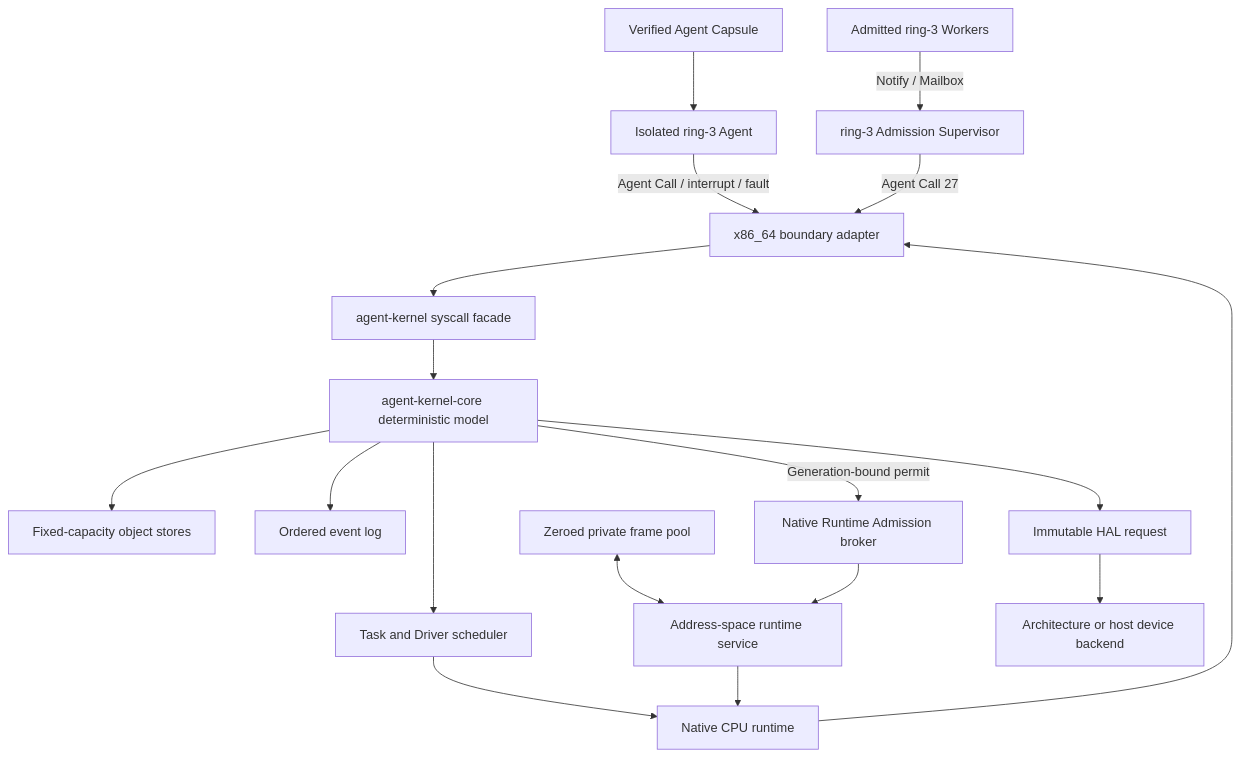
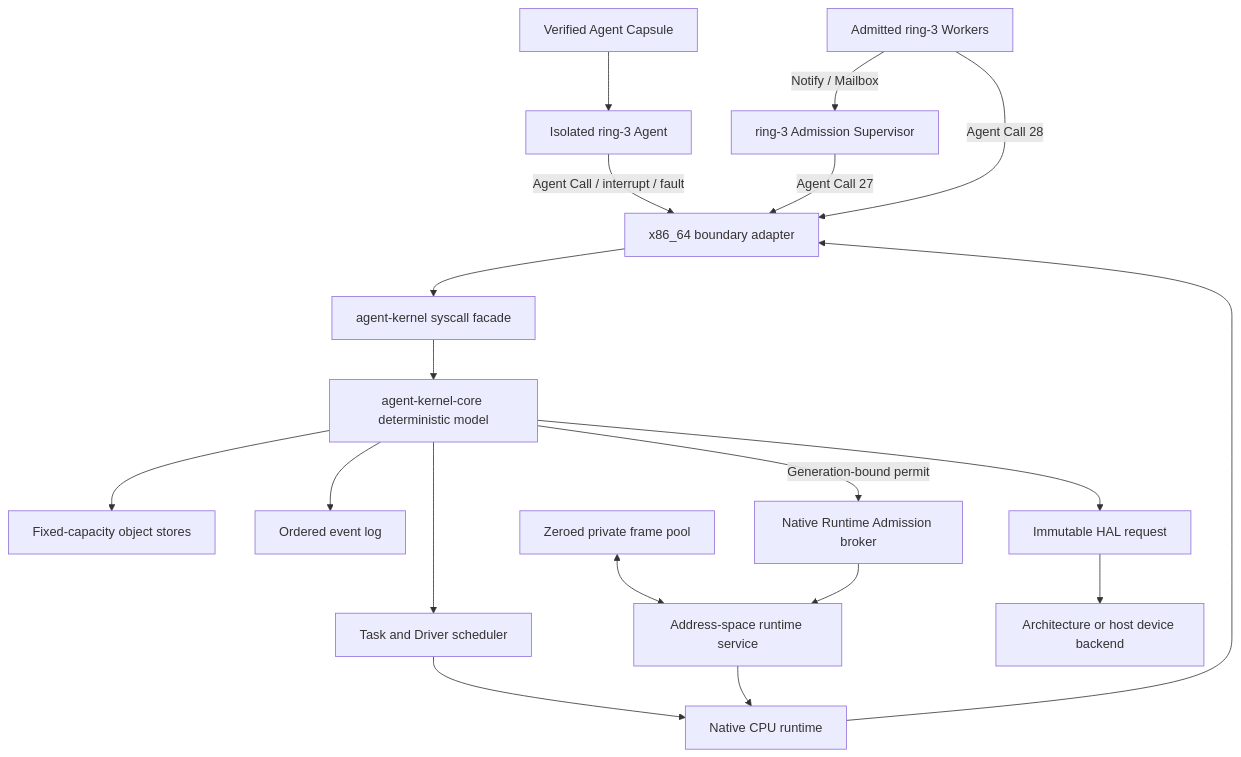
One commit to Evan-master/agent-kernel changed the diagram in README.md. Above: the diagram before and after it, drawn with Mermaid. The commit also changed other lines of this file and 3 other files, not shown here.

````diff
--- a/README.md
+++ b/README.md
@@ -151,20 +155,21 @@
 ```mermaid
 flowchart TB
     Capsule["Verified Agent Capsule"] --> Ring3["Isolated ring-3 Agent"]
     Ring3 -->|"Agent Call / interrupt / fault"| X86["x86_64 boundary adapter"]
     X86 --> Facade["agent-kernel syscall facade"]
     Facade --> Core["agent-kernel-core deterministic model"]
     Core --> Stores["Fixed-capacity object stores"]
     Core --> Events["Ordered event log"]
     Core --> Scheduler["Task and Driver scheduler"]
     Scheduler --> Runtime["Native CPU runtime"]
     Runtime --> X86
     FramePool["Zeroed private frame pool"] <--> AddressService["Address-space runtime service"]
     Broker["Native Runtime Admission broker"] --> AddressService
     Core -->|"Generation-bound permit"| Broker
     AddressService --> Runtime
     Core --> HAL["Immutable HAL request"]
     HAL --> Device["Architecture or host device backend"]
     Supervisor["ring-3 Admission Supervisor"] -->|"Agent Call 27"| X86
-    Workers["Admitted ring-3 Workers"] -->|"Notify / Mailbox"| Supervisor
+    Workers["Admitted ring-3 Workers"] -->|"Agent Call 28"| X86
+    Workers -->|"Notify / Mailbox"| Supervisor
 ```
````
